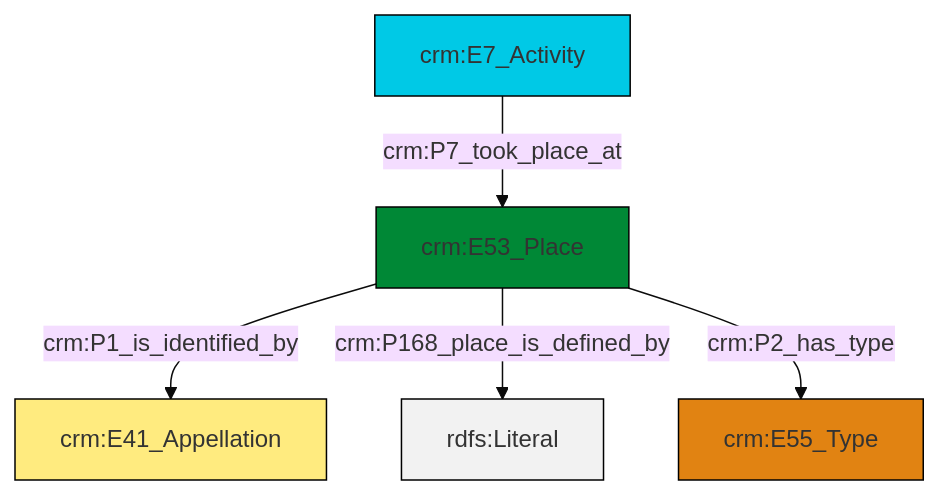
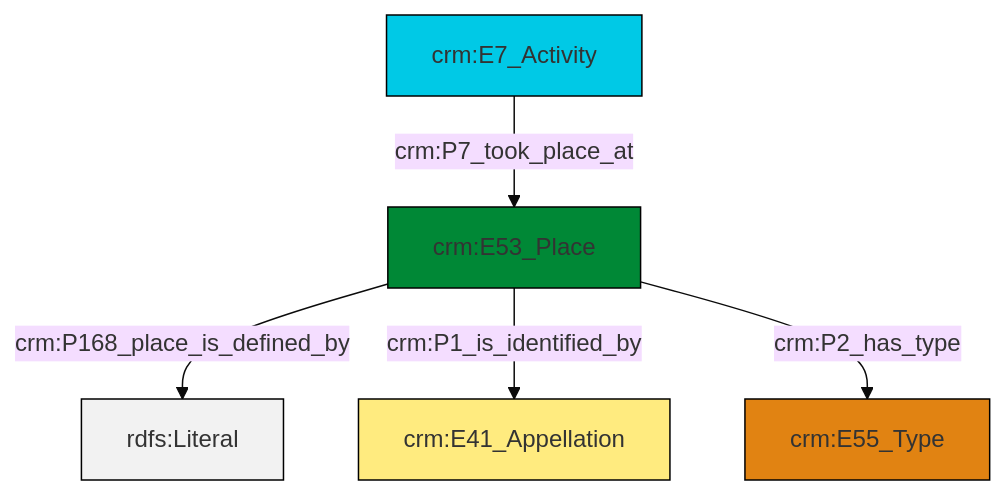
Before and after one commit to swiss-art-research-net/docs.swissartresearch: the diagram in et/eventCSV/ttl/mmd/event_location.ttl.mmd, drawn with Mermaid (base theme). The commit also changed 178 other files, not shown here.

```diff
--- a/et/eventCSV/ttl/mmd/event_location.ttl.mmd
+++ b/et/eventCSV/ttl/mmd/event_location.ttl.mmd
@@ -1,19 +1,19 @@
 graph TD
 classDef Literal fill:#f2f2f2,stroke:#000000;
 classDef CRM_Entity fill:#FFFFFF,stroke:#000000;
 classDef Temporal_Entity fill:#00C9E6, stroke:#000000;
 classDef Type fill:#E18312, stroke:#000000;
 classDef Time-Span fill:#2C9C91, stroke:#000000;
 classDef Appellation fill:#FFEB7F, stroke:#000000;
 classDef Place fill:#008836, stroke:#000000;
 classDef Persistent_Item fill:#B266B2, stroke:#000000;
 classDef Conceptual_Object fill:#FFD700, stroke:#000000;
 classDef Physical_Thing fill:#D2B48C, stroke:#000000;
 classDef Actor fill:#f58aad, stroke:#000000;
 classDef PC_Classes fill:#4ce600, stroke:#000000;
 classDef Multi fill:#cccccc,stroke:#000000;
 
+0["crm:E53_Place"]:::Place -->|crm:P168_place_is_defined_by| 1[rdfs:Literal]:::Literal
+0["crm:E53_Place"]:::Place -->|crm:P1_is_identified_by| 4["crm:E41_Appellation"]:::Appellation
 2["crm:E7_Activity"]:::Temporal_Entity -->|crm:P7_took_place_at| 0["crm:E53_Place"]:::Place
-0["crm:E53_Place"]:::Place -->|crm:P1_is_identified_by| 5["crm:E41_Appellation"]:::Appellation
-0["crm:E53_Place"]:::Place -->|crm:P168_place_is_defined_by| 7[rdfs:Literal]:::Literal
-0["crm:E53_Place"]:::Place -->|crm:P2_has_type| 3["crm:E55_Type"]:::Type
+0["crm:E53_Place"]:::Place -->|crm:P2_has_type| 7["crm:E55_Type"]:::Type
```
